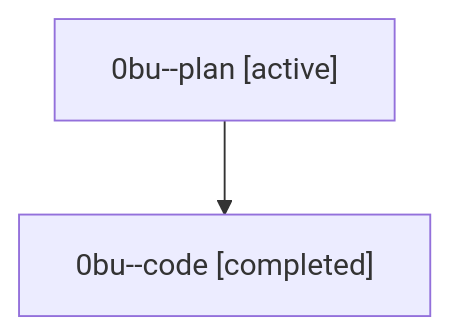
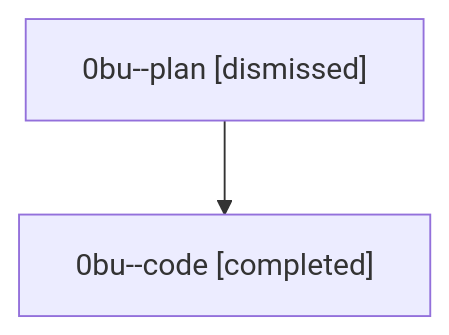
The diagram in sessions/bbugyi200.athena.0bu.md (sase-org/sase--agents), drawn with Mermaid before and after one commit. The commit also changed other lines of this file and 33 other files, not shown here.

````diff
--- a/sessions/bbugyi200.athena.0bu.md
+++ b/sessions/bbugyi200.athena.0bu.md
@@ -9,6 +9,6 @@
 ```mermaid
 flowchart TD
-  n0["0bu--plan [active]"]
+  n0["0bu--plan [dismissed]"]
   n1["0bu--code [completed]"]
   n0 --> n1
 ```
````
